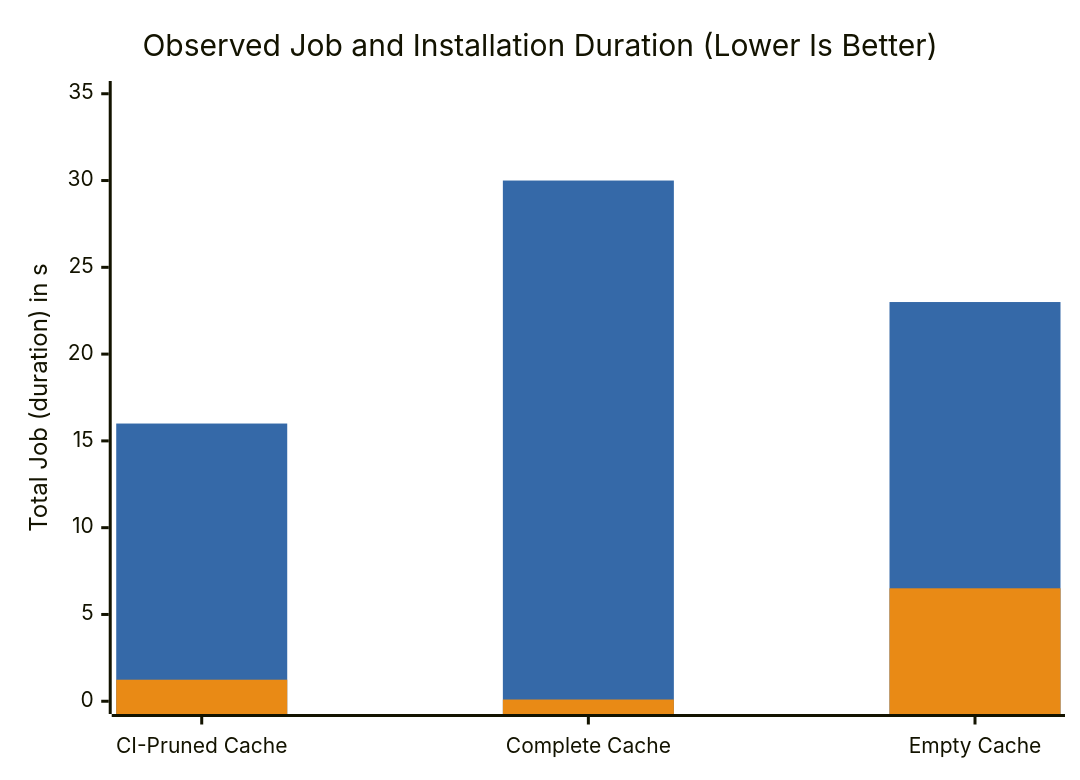
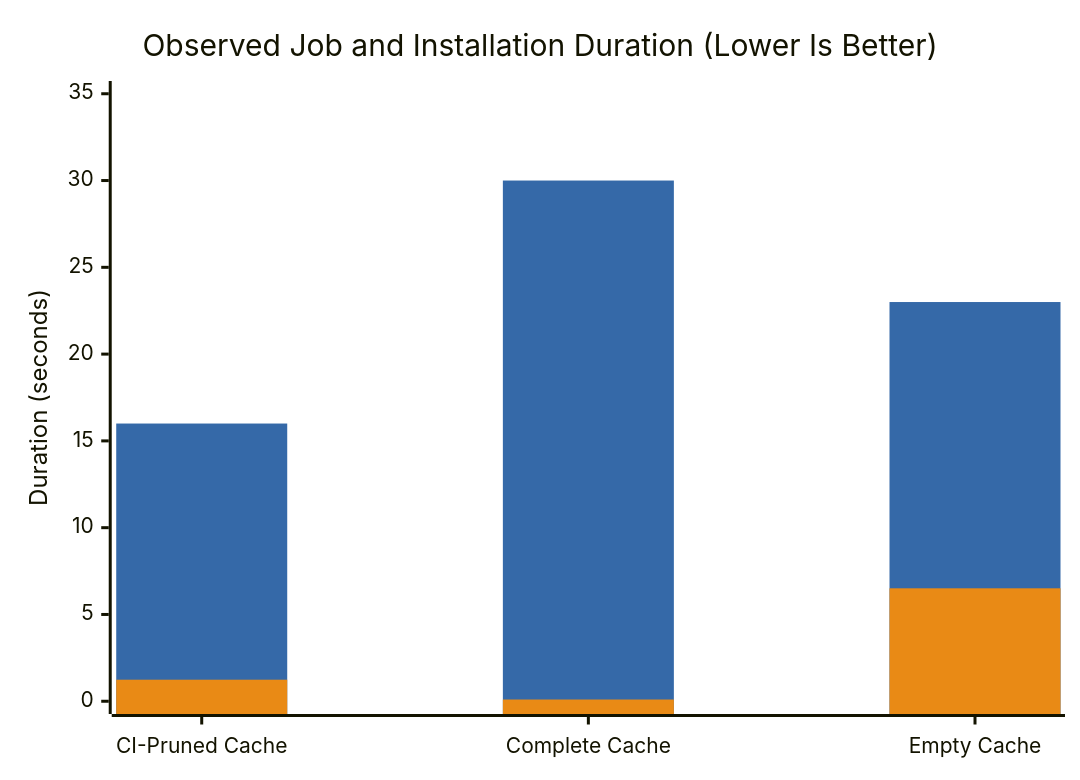
Before and after one commit to ValentinTwin1206/modern-python-devops-egineering: the third of 4 diagrams in docs/chapter-03/section-04.md, drawn with Mermaid. The commit also changed other lines of this file and 23 other files, not shown here.

````diff
--- a/docs/chapter-03/section-04.md
+++ b/docs/chapter-03/section-04.md
@@ -252,9 +256,9 @@
-```mermaid
-%%{init: {"themeVariables": {"xyChart": {"plotColorPalette": "#3569a8, #e98a15"}}}}%%
-xychart-beta
-    title "Observed Job and Installation Duration (Lower Is Better)"
-    x-axis ["CI-Pruned Cache", "Complete Cache", "Empty Cache"]
-    y-axis "Total Job (duration) in s" 0 --> 35
-    bar [16, 30, 23]
-    bar [1.241, 0.100, 6.507]
-```
+    ```mermaid
+    %%{init: {"themeVariables": {"xyChart": {"plotColorPalette": "#3569a8, #e98a15"}}}}%%
+    xychart-beta
+        title "Observed Job and Installation Duration (Lower Is Better)"
+        x-axis ["CI-Pruned Cache", "Complete Cache", "Empty Cache"]
+        y-axis "Duration (seconds)" 0 --> 35
+        bar [16, 30, 23]
+        bar [1.241, 0.100, 6.507]
+    ```
````
